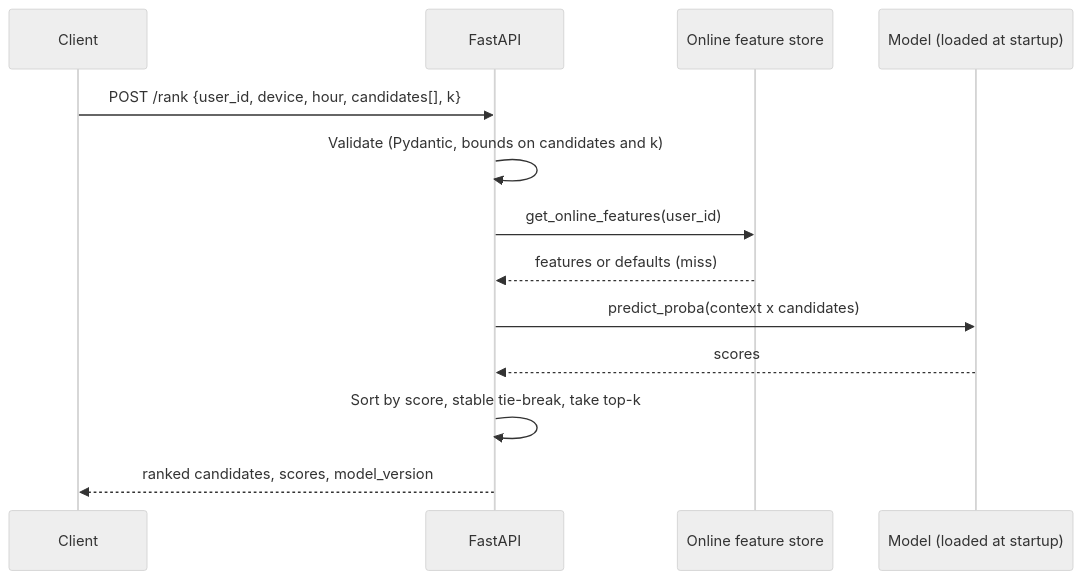
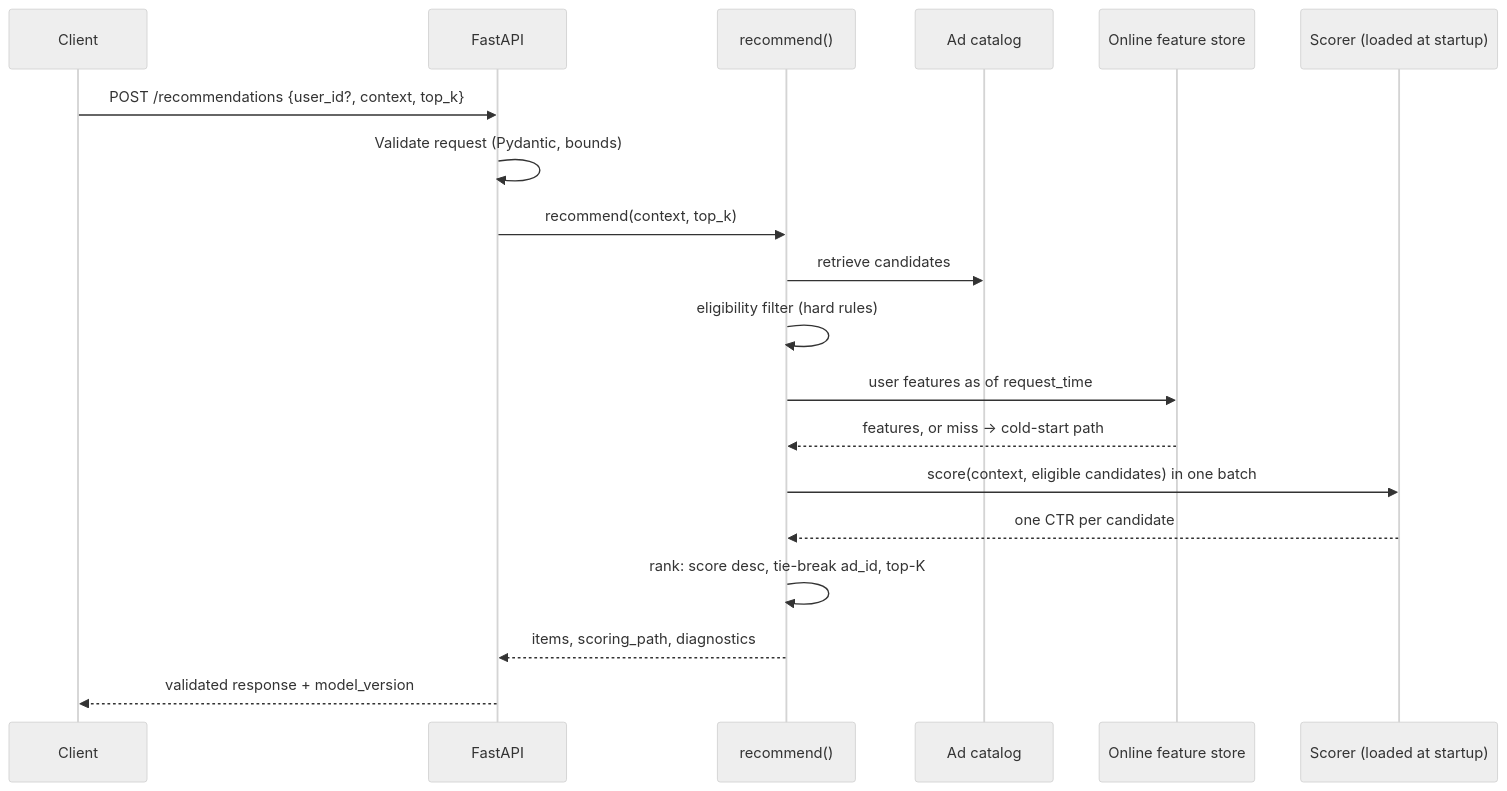
Before and after one commit to karanveersingh5623/adtech-mlops: the third of 5 diagrams in docs/ARCHITECTURE.md, drawn with Mermaid (neutral theme). The commit also changed other lines of this file and 2 other files, not shown here.

````diff
--- a/docs/ARCHITECTURE.md
+++ b/docs/ARCHITECTURE.md
@@ -76,15 +81,21 @@
 ```mermaid
 sequenceDiagram
     participant C as Client
     participant A as FastAPI
+    participant R as recommend()
+    participant K as Ad catalog
     participant F as Online feature store
-    participant M as Model (loaded at startup)
-    C->>A: POST /rank {user_id, device, hour, candidates[], k}
-    A->>A: Validate (Pydantic, bounds on candidates and k)
-    A->>F: get_online_features(user_id)
-    F-->>A: features or defaults (miss)
-    A->>M: predict_proba(context x candidates)
-    M-->>A: scores
-    A->>A: Sort by score, stable tie-break, take top-k
-    A-->>C: ranked candidates, scores, model_version
+    participant M as Scorer (loaded at startup)
+    C->>A: POST /recommendations {user_id?, context, top_k}
+    A->>A: Validate request (Pydantic, bounds)
+    A->>R: recommend(context, top_k)
+    R->>K: retrieve candidates
+    R->>R: eligibility filter (hard rules)
+    R->>F: user features as of request_time
+    F-->>R: features, or miss → cold-start path
+    R->>M: score(context, eligible candidates) in one batch
+    M-->>R: one CTR per candidate
+    R->>R: rank: score desc, tie-break ad_id, top-K
+    R-->>A: items, scoring_path, diagnostics
+    A-->>C: validated response + model_version
 ```
````
